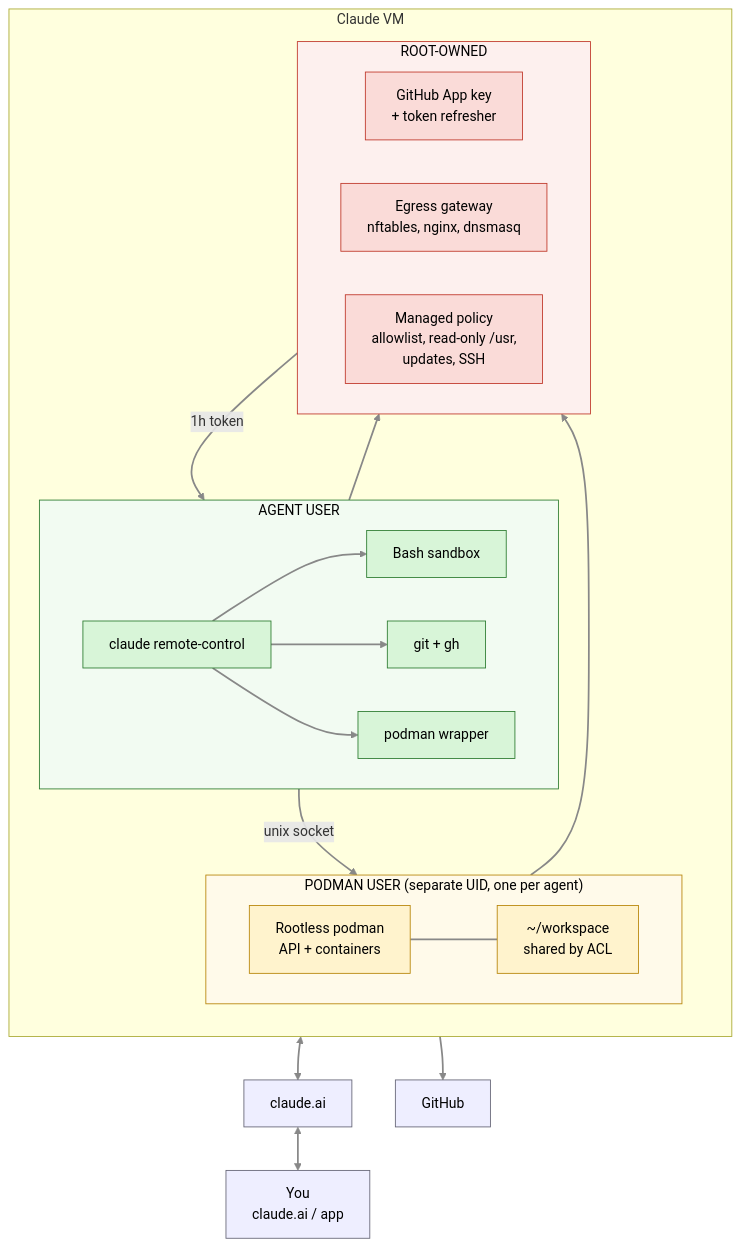
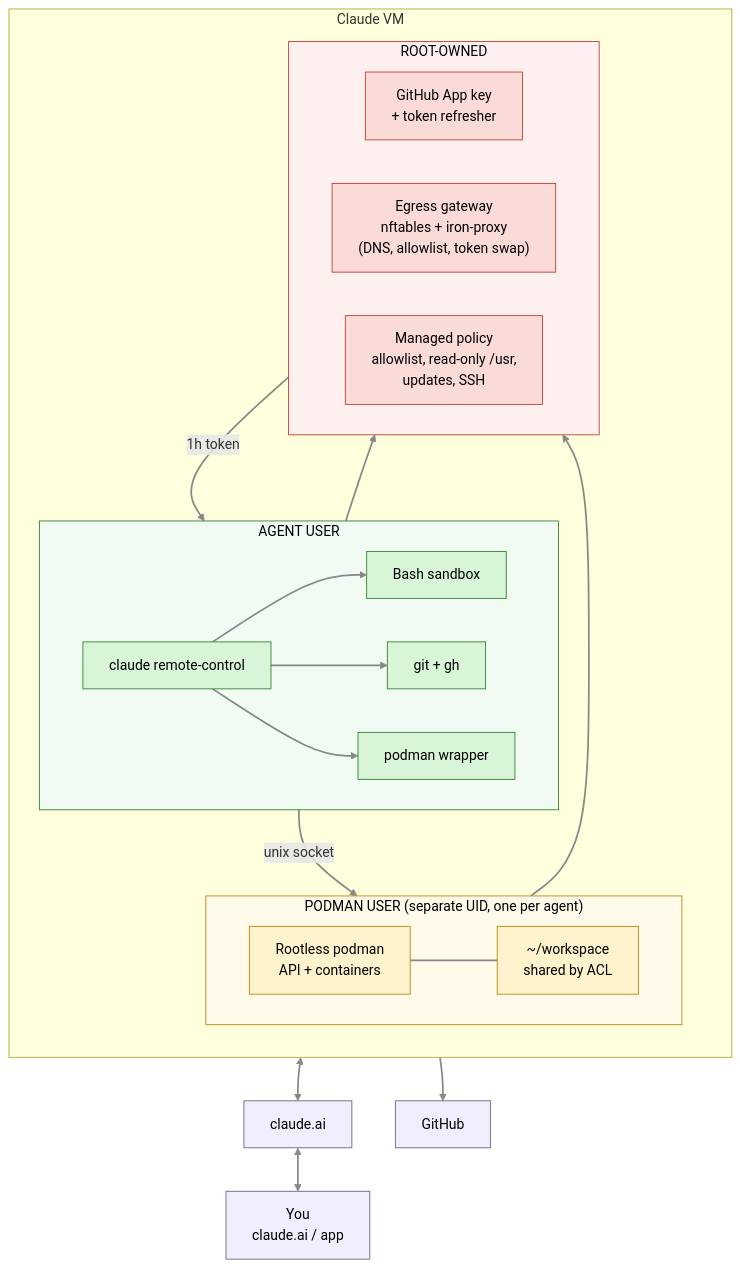
The first of 3 diagrams in docs/claude-vm/README.md (cthtrifork/homeserver-bootc), drawn with Mermaid before and after one commit. The commit also changed other lines of this file and 33 other files, not shown here.

Commit message:
feat(claude-vm): iron-proxy egress gateway that swaps in the GitHub token (#1205)

````diff
--- a/docs/claude-vm/README.md
+++ b/docs/claude-vm/README.md
@@ -18,57 +18,57 @@
 ```mermaid
 flowchart TB
     YOU["You<br/>claude.ai / app"]
     ANTH["claude.ai"]
     GH["GitHub"]
 
     subgraph VM["Claude VM"]
         direction TB
 
         subgraph AGENT["AGENT USER"]
             direction LR
             RC["claude remote-control"]
             SB["Bash sandbox"]
             GIT["git + gh"]
             WRAP["podman wrapper"]
         end
 
         subgraph CONT["PODMAN USER (separate UID, one per agent)"]
             direction LR
             POD["Rootless podman<br/>API + containers"]
             WS["~/workspace<br/>shared by ACL"]
         end
 
         subgraph ROOT["ROOT-OWNED"]
             direction LR
             TOK["GitHub App key<br/>+ token refresher"]
-            GW["Egress gateway<br/>nftables, nginx, dnsmasq"]
+            GW["Egress gateway<br/>nftables + iron-proxy<br/>(DNS, allowlist, token swap)"]
             CFG["Managed policy<br/>allowlist, read-only /usr,<br/>updates, SSH"]
         end
     end
 
     RC --> SB
     RC --> GIT
     RC --> WRAP
     WRAP -->|"unix socket"| POD
     POD --- WS
     TOK -->|"1h token"| GIT
 
     AGENT ==> GW
     CONT ==> GW
     GW <--> ANTH
     GW --> GH
     ANTH <--> YOU
 
     linkStyle default stroke:#888,stroke-width:2px
     classDef agent fill:#d8f5d8,stroke:#2e7d32,color:#000
     classDef cont fill:#fff3cd,stroke:#b8860b,color:#000
     classDef locked fill:#fadbd8,stroke:#c0392b,color:#000
     classDef ext fill:#eef,stroke:#667,color:#000
     class RC,SB,GIT,WRAP agent
     class POD,WS cont
     class TOK,GW,CFG locked
     class YOU,ANTH,GH ext
     style AGENT fill:#f2fbf2,stroke:#2e7d32,color:#000
     style CONT fill:#fffaea,stroke:#b8860b,color:#000
     style ROOT fill:#fdf0ee,stroke:#c0392b,color:#000
 ```
````
